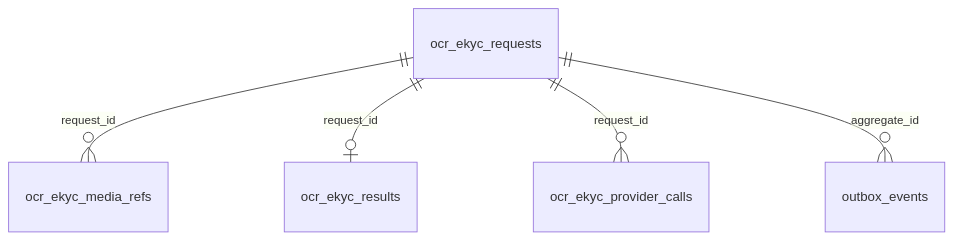
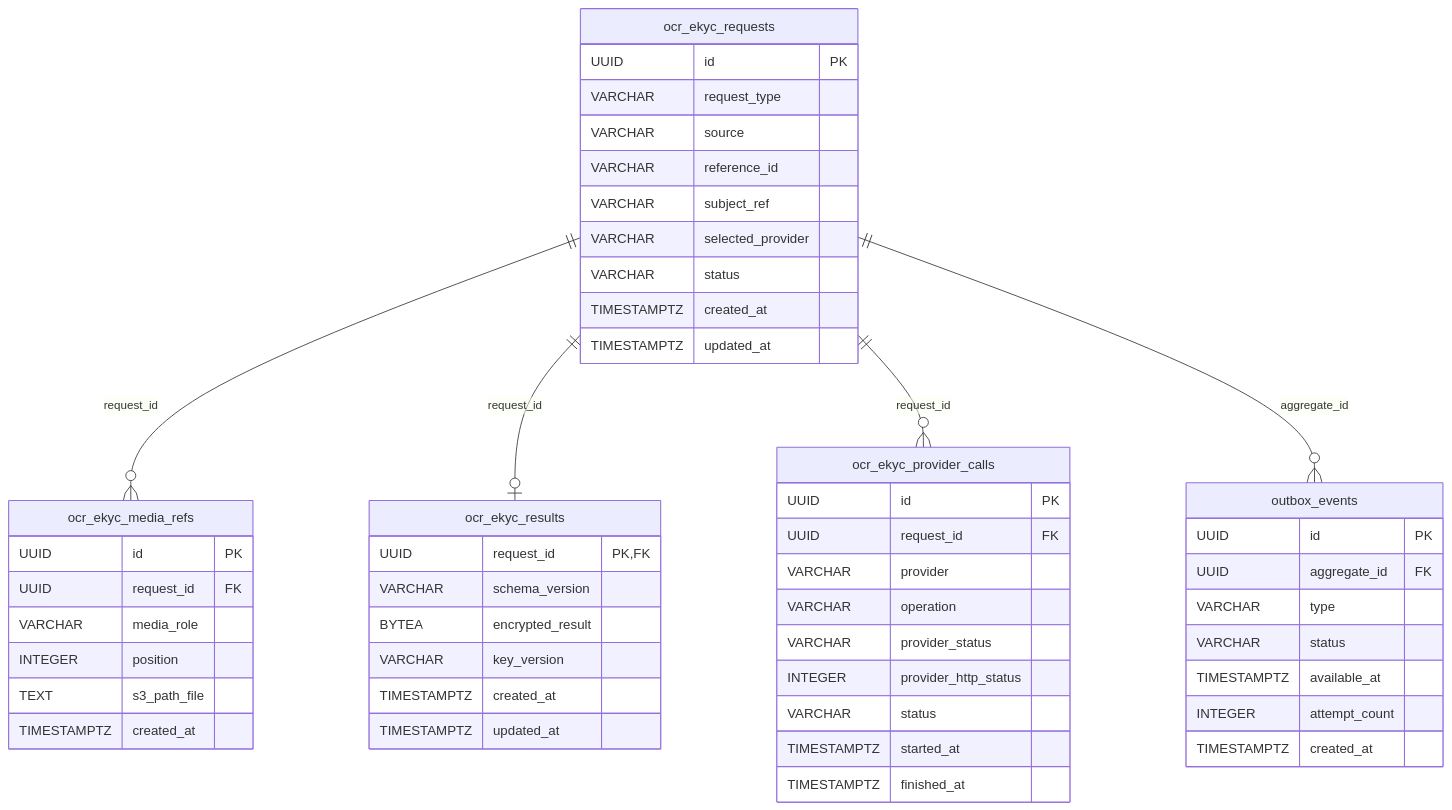
Before and after one commit to huynv-xyz/vhm: the fifth of 12 diagrams in tdd-ocr-ekyc.md, drawn with Mermaid. The commit also changed other lines of this file, not shown here.

````diff
--- a/tdd-ocr-ekyc.md
+++ b/tdd-ocr-ekyc.md
@@ -794,7 +798,59 @@
 ```mermaid
 erDiagram
     ocr_ekyc_requests ||--o{ ocr_ekyc_media_refs : "request_id"
     ocr_ekyc_requests ||--o| ocr_ekyc_results : "request_id"
     ocr_ekyc_requests ||--o{ ocr_ekyc_provider_calls : "request_id"
     ocr_ekyc_requests ||--o{ outbox_events : "aggregate_id"
+
+    ocr_ekyc_requests {
+        UUID id PK
+        VARCHAR request_type
+        VARCHAR source
+        VARCHAR reference_id
+        VARCHAR subject_ref
+        VARCHAR selected_provider
+        VARCHAR status
+        TIMESTAMPTZ created_at
+        TIMESTAMPTZ updated_at
+    }
+
+    ocr_ekyc_media_refs {
+        UUID id PK
+        UUID request_id FK
+        VARCHAR media_role
+        INTEGER position
+        TEXT s3_path_file
+        TIMESTAMPTZ created_at
+    }
+
+    ocr_ekyc_results {
+        UUID request_id PK, FK
+        VARCHAR schema_version
+        BYTEA encrypted_result
+        VARCHAR key_version
+        TIMESTAMPTZ created_at
+        TIMESTAMPTZ updated_at
+    }
+
+    ocr_ekyc_provider_calls {
+        UUID id PK
+        UUID request_id FK
+        VARCHAR provider
+        VARCHAR operation
+        VARCHAR provider_status
+        INTEGER provider_http_status
+        VARCHAR status
+        TIMESTAMPTZ started_at
+        TIMESTAMPTZ finished_at
+    }
+
+    outbox_events {
+        UUID id PK
+        UUID aggregate_id FK
+        VARCHAR type
+        VARCHAR status
+        TIMESTAMPTZ available_at
+        INTEGER attempt_count
+        TIMESTAMPTZ created_at
+    }
 ```
````
